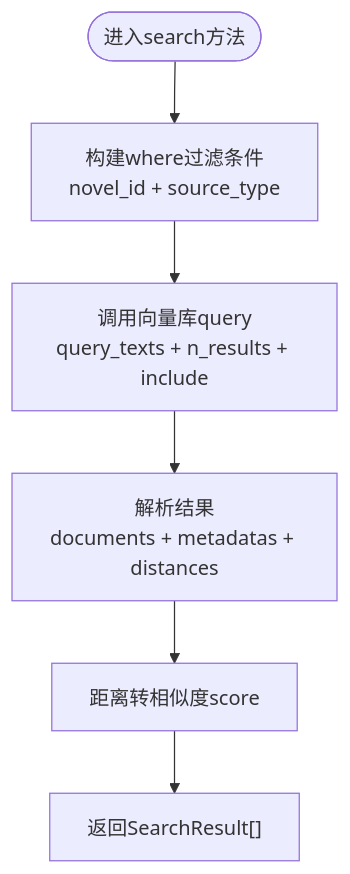
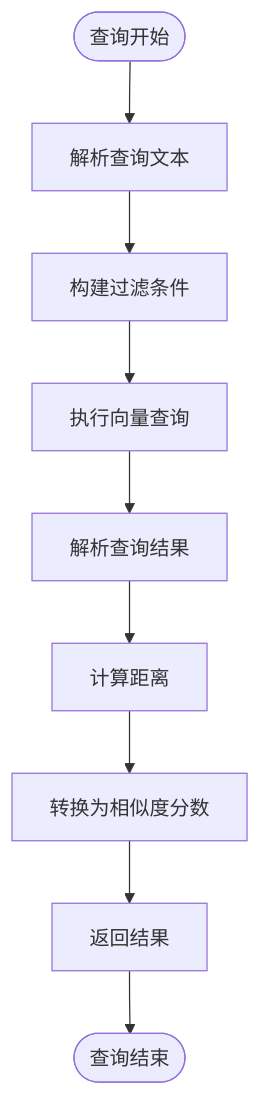
One commit to octsfm/InkTrace changed the sixth of 7 diagrams in .qoder/repowiki/zh/content/API接口文档/向量检索API.md. Above: the diagram before and after it, drawn with Mermaid. The commit also changed other lines of this file and 179 other files, not shown here.

````diff
--- a/.qoder/repowiki/zh/content/API接口文档/向量检索API.md
+++ b/.qoder/repowiki/zh/content/API接口文档/向量检索API.md
@@ -418,8 +265,11 @@
 ```mermaid
 flowchart TD
-Start(["进入search方法"]) --> BuildFilter["构建where过滤条件<br/>novel_id + source_type"]
-BuildFilter --> Query["调用向量库query<br/>query_texts + n_results + include"]
-Query --> Parse["解析结果<br/>documents + metadatas + distances"]
-Parse --> DistToScore["距离转相似度score"]
-DistToScore --> Return["返回SearchResult[]"]
+Start([查询开始]) --> ParseQuery["解析查询文本"]
+ParseQuery --> BuildFilter["构建过滤条件"]
+BuildFilter --> QueryDB["执行向量查询"]
+QueryDB --> ParseResults["解析查询结果"]
+ParseResults --> CalcDistance["计算距离"]
+CalcDistance --> CalcScore["转换为相似度分数"]
+CalcScore --> ReturnResults["返回结果"]
+ReturnResults --> End([查询结束])
 ```
````
